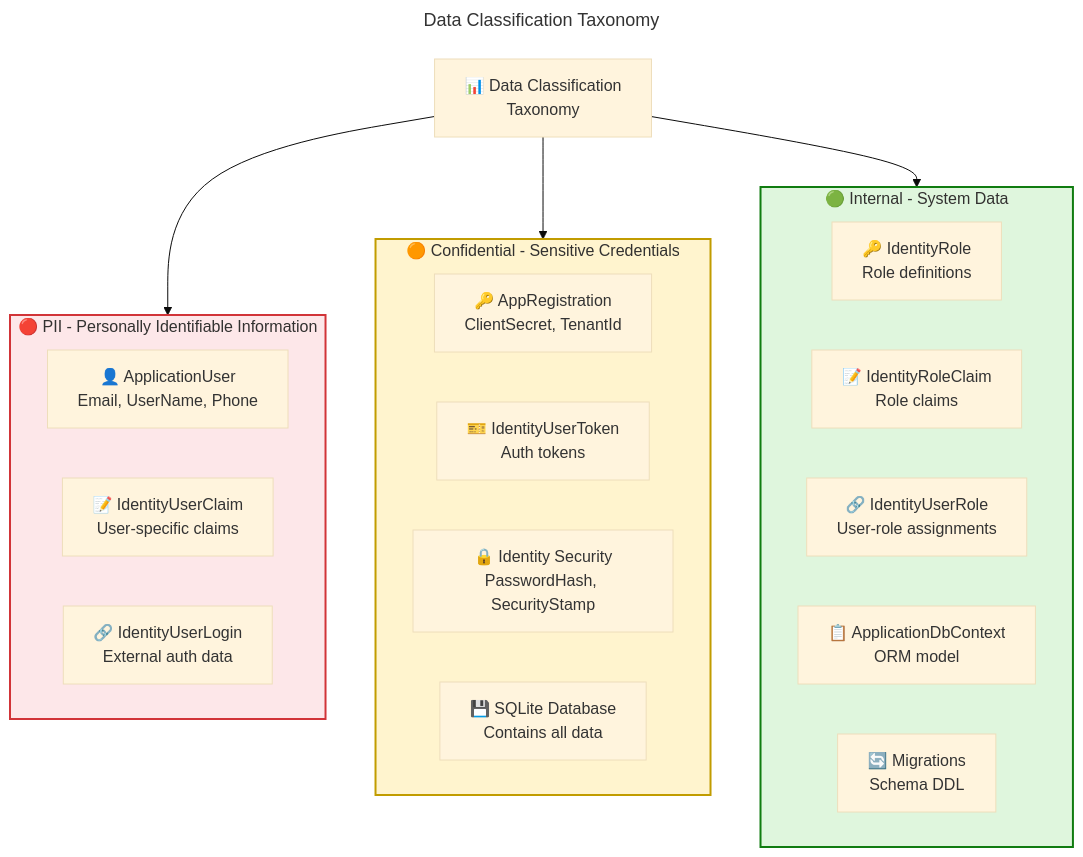
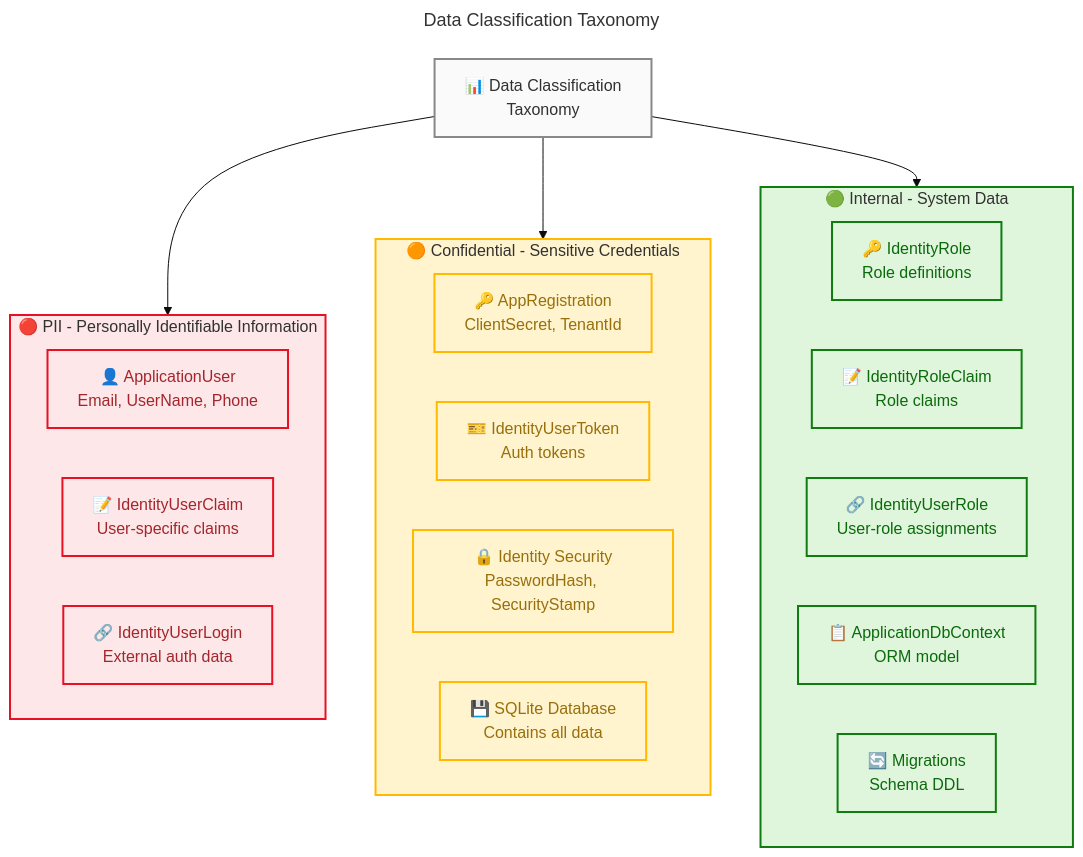
Before and after one commit to Evilazaro/IdentityProvider: the tenth of 13 diagrams in docs/architecture/data-architecture.md, drawn with Mermaid. The commit also changed other lines of this file, not shown here.

Commit message:
Enhance data architecture diagrams with accessibility features and improved styling for clarity

````diff
--- a/docs/architecture/data-architecture.md
+++ b/docs/architecture/data-architecture.md
@@ -884,47 +969,60 @@
 ```mermaid
 ---
 title: Data Classification Taxonomy
 config:
   theme: base
   look: classic
   layout: dagre
   themeVariables:
     fontSize: '16px'
   flowchart:
     htmlLabels: true
 ---
 flowchart TB
     accTitle: Data Classification Taxonomy
     accDescr: Hierarchical diagram showing the data classification categories applied to IdentityProvider data assets
 
-    ROOT["📊 Data Classification<br/>Taxonomy"]
+    %% ── AZURE / FLUENT v1.1 ──────────────────────────────────
+    %% PHASE 1 — Structural ✔  direction explicit, nesting ≤ 3
+    %% PHASE 2 — Semantic   ✔  neutral-first, max 5 classes
+    %% PHASE 3 — Font       ✔  dark text on light bg
+    %% PHASE 4 — Accessibility ✔  accTitle + accDescr present
+    %% PHASE 5 — Standards  ✔  centralized classDefs below
+    %% ─────────────────────────────────────────────────────────
+
+    ROOT["📊 Data Classification<br/>Taxonomy"]:::neutral
 
     subgraph PII_GROUP["🔴 PII - Personally Identifiable Information"]
-        PII1["👤 ApplicationUser<br/>Email, UserName, Phone"]
-        PII2["📝 IdentityUserClaim<br/>User-specific claims"]
-        PII3["🔗 IdentityUserLogin<br/>External auth data"]
+        PII1["👤 ApplicationUser<br/>Email, UserName, Phone"]:::danger
+        PII2["📝 IdentityUserClaim<br/>User-specific claims"]:::danger
+        PII3["🔗 IdentityUserLogin<br/>External auth data"]:::danger
     end
 
     subgraph CONF_GROUP["🟠 Confidential - Sensitive Credentials"]
-        CONF1["🔑 AppRegistration<br/>ClientSecret, TenantId"]
-        CONF2["🎫 IdentityUserToken<br/>Auth tokens"]
-        CONF3["🔒 Identity Security<br/>PasswordHash, SecurityStamp"]
-        CONF4["💾 SQLite Database<br/>Contains all data"]
+        CONF1["🔑 AppRegistration<br/>ClientSecret, TenantId"]:::warning
+        CONF2["🎫 IdentityUserToken<br/>Auth tokens"]:::warning
+        CONF3["🔒 Identity Security<br/>PasswordHash, SecurityStamp"]:::warning
+        CONF4["💾 SQLite Database<br/>Contains all data"]:::warning
     end
 
     subgraph INT_GROUP["🟢 Internal - System Data"]
-        INT1["🔑 IdentityRole<br/>Role definitions"]
-        INT2["📝 IdentityRoleClaim<br/>Role claims"]
-        INT3["🔗 IdentityUserRole<br/>User-role assignments"]
-        INT4["📋 ApplicationDbContext<br/>ORM model"]
-        INT5["🔄 Migrations<br/>Schema DDL"]
+        INT1["🔑 IdentityRole<br/>Role definitions"]:::success
+        INT2["📝 IdentityRoleClaim<br/>Role claims"]:::success
+        INT3["🔗 IdentityUserRole<br/>User-role assignments"]:::success
+        INT4["📋 ApplicationDbContext<br/>ORM model"]:::success
+        INT5["🔄 Migrations<br/>Schema DDL"]:::success
     end
 
     ROOT --> PII_GROUP
     ROOT --> CONF_GROUP
     ROOT --> INT_GROUP
 
-    style PII_GROUP fill:#FDE7E9,stroke:#D13438,stroke-width:2px,color:#323130
-    style CONF_GROUP fill:#FFF4CE,stroke:#C19C00,stroke-width:2px,color:#323130
+    classDef neutral fill:#FAFAFA,stroke:#8A8886,stroke-width:2px,color:#323130
+    classDef success fill:#DFF6DD,stroke:#107C10,stroke-width:2px,color:#0B6A0B
+    classDef warning fill:#FFF4CE,stroke:#FFB900,stroke-width:2px,color:#986F0B
+    classDef danger fill:#FDE7E9,stroke:#E81123,stroke-width:2px,color:#A4262C
+
+    style PII_GROUP fill:#FDE7E9,stroke:#E81123,stroke-width:2px,color:#323130
+    style CONF_GROUP fill:#FFF4CE,stroke:#FFB900,stroke-width:2px,color:#323130
     style INT_GROUP fill:#DFF6DD,stroke:#107C10,stroke-width:2px,color:#323130
 ```
````
